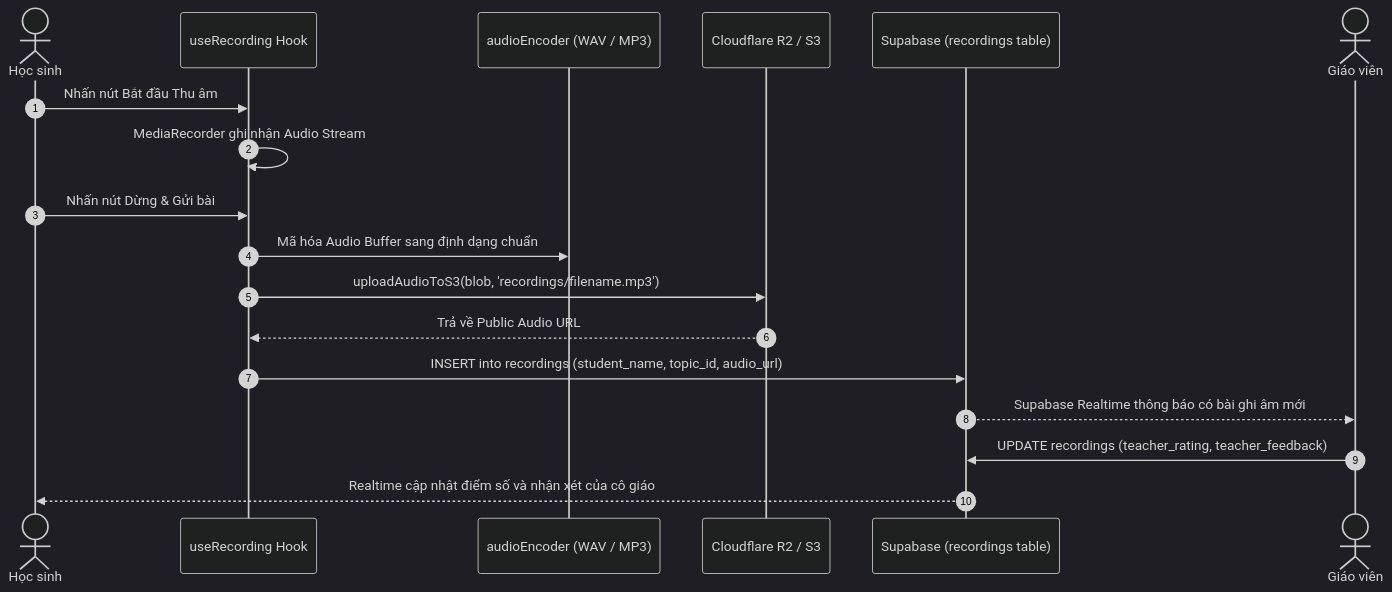
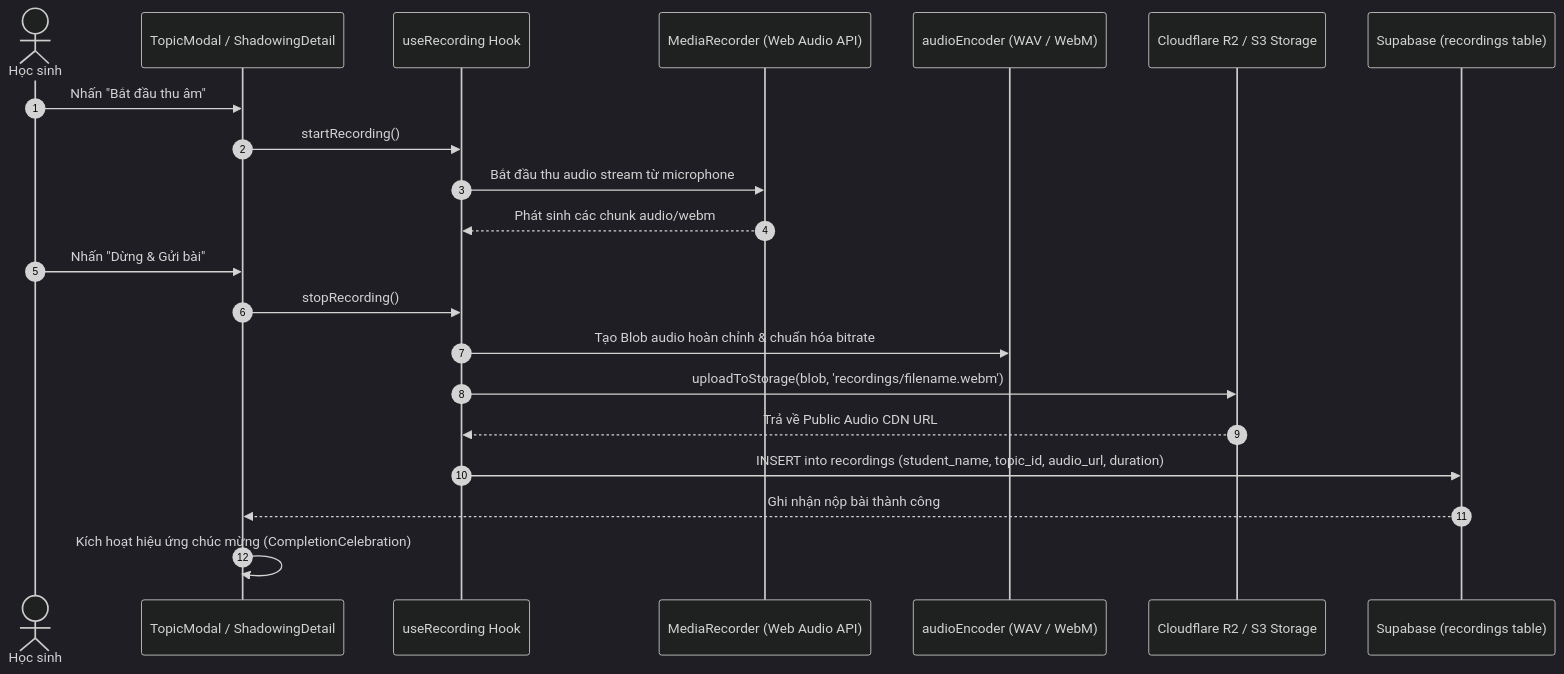
One commit to thanh-lv/english-record changed the second of 8 diagrams in docs/ENVIRONMENT_AND_DATA_FLOW.md. Above: the diagram before and after it, drawn with Mermaid (dark theme). The commit also changed other lines of this file and 16 other files, not shown here.

````diff
--- a/docs/ENVIRONMENT_AND_DATA_FLOW.md
+++ b/docs/ENVIRONMENT_AND_DATA_FLOW.md
@@ -104,21 +104,24 @@
 ```mermaid
 sequenceDiagram
     autonumber
     actor Student as Học sinh
+    participant Modal as TopicModal / ShadowingDetail
     participant RecHook as useRecording Hook
-    participant Encoder as audioEncoder (WAV / MP3)
-    participant Storage as Cloudflare R2 / S3
+    participant MediaRec as MediaRecorder (Web Audio API)
+    participant Encoder as audioEncoder (WAV / WebM)
+    participant S3 as Cloudflare R2 / S3 Storage
     participant DB as Supabase (recordings table)
-    actor Teacher as Giáo viên
 
-    Student->>RecHook: Nhấn nút Bắt đầu Thu âm
-    RecHook->>RecHook: MediaRecorder ghi nhận Audio Stream
-    Student->>RecHook: Nhấn nút Dừng & Gửi bài
-    RecHook->>Encoder: Mã hóa Audio Buffer sang định dạng chuẩn
-    RecHook->>Storage: uploadAudioToS3(blob, 'recordings/filename.mp3')
-    Storage-->>RecHook: Trả về Public Audio URL
-    RecHook->>DB: INSERT into recordings (student_name, topic_id, audio_url)
-    DB-->>Teacher: Supabase Realtime thông báo có bài ghi âm mới
-    Teacher->>DB: UPDATE recordings (teacher_rating, teacher_feedback)
-    DB-->>Student: Realtime cập nhật điểm số và nhận xét của cô giáo
+    Student->>Modal: Nhấn "Bắt đầu thu âm"
+    Modal->>RecHook: startRecording()
+    RecHook->>MediaRec: Bắt đầu thu audio stream từ microphone
+    MediaRec-->>RecHook: Phát sinh các chunk audio/webm
+    Student->>Modal: Nhấn "Dừng & Gửi bài"
+    Modal->>RecHook: stopRecording()
+    RecHook->>Encoder: Tạo Blob audio hoàn chỉnh & chuẩn hóa bitrate
+    RecHook->>S3: uploadToStorage(blob, 'recordings/filename.webm')
+    S3-->>RecHook: Trả về Public Audio CDN URL
+    RecHook->>DB: INSERT into recordings (student_name, topic_id, audio_url, duration)
+    DB-->>Modal: Ghi nhận nộp bài thành công
+    Modal->>Modal: Kích hoạt hiệu ứng chúc mừng (CompletionCelebration)
 ```
````
